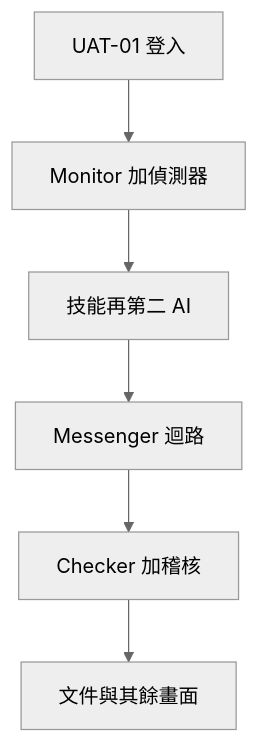
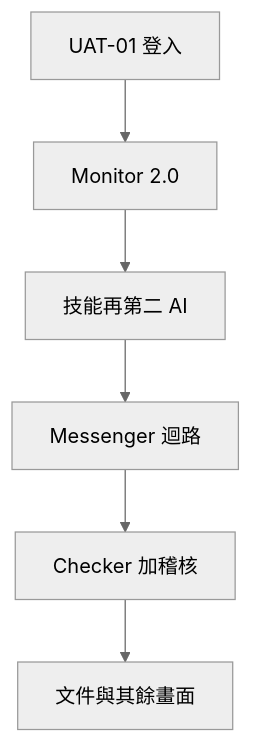
Before and after one commit to hxyan2020/PRD: the diagram in platform/docs/UAT.zh-Hant.md, drawn with Mermaid (neutral theme). The commit also changed other lines of this file and 2 other files, not shown here.

First line of the commit message:
Retarget UAT cases to Realtime Alert & Tracker and Monitor 2.0

````diff
--- a/platform/docs/UAT.zh-Hant.md
+++ b/platform/docs/UAT.zh-Hant.md
@@ -18,8 +18,8 @@
 ```mermaid
 graph TD
-  Login[UAT-01 登入] --> Mon[Monitor 加偵測器]
+  Login[UAT-01 登入] --> Mon[Monitor 2.0]
   Mon --> AI[技能再第二 AI]
   AI --> Msg[Messenger 迴路]
   Msg --> Gate[Checker 加稽核]
   Gate --> Docs[文件與其餘畫面]
 ```
````
